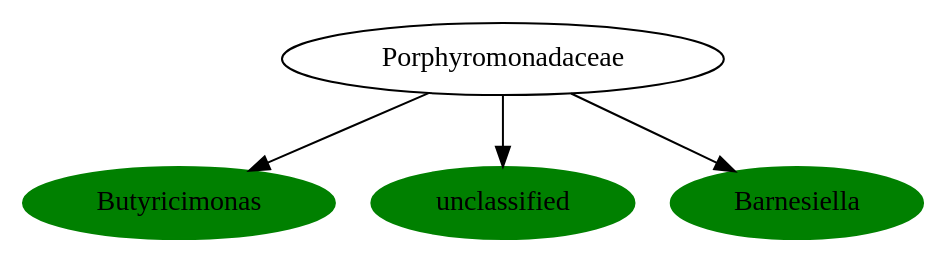
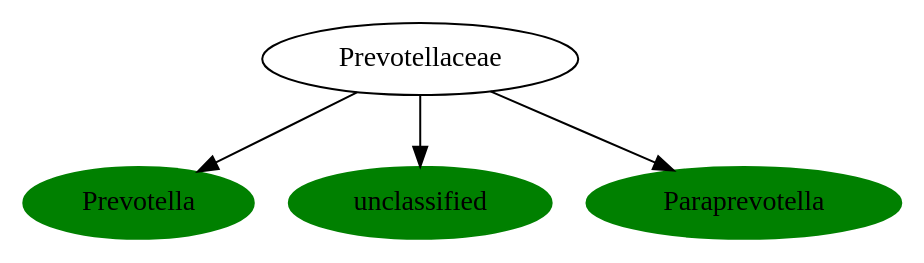
Before and after one commit to AndersHqst/thesis: the diagram in experiments/tmp/phylogenetic-tree/dotfiles/1.dot, drawn with Graphviz. The commit also changed 1139 other files, not shown here.

```diff
--- a/experiments/tmp/phylogenetic-tree/dotfiles/1.dot
+++ b/experiments/tmp/phylogenetic-tree/dotfiles/1.dot
@@ -1,15 +1,15 @@
 digraph G { 
-	PorphyromonadaceaeButyricimonas [label="Butyricimonas", color="green", style=filled];
-	BacteroidalesPorphyromonadaceae [label="Porphyromonadaceae"];
-	PorphyromonadaceaeButyricimonas [label="Butyricimonas"];
-	BacteroidalesPorphyromonadaceae -> PorphyromonadaceaeButyricimonas;
-	Porphyromonadaceaeunclassified [label="unclassified", color="green", style=filled];
-	BacteroidalesPorphyromonadaceae [label="Porphyromonadaceae"];
-	Porphyromonadaceaeunclassified [label="unclassified"];
-	BacteroidalesPorphyromonadaceae -> Porphyromonadaceaeunclassified;
-	PorphyromonadaceaeBarnesiella [label="Barnesiella", color="green", style=filled];
-	BacteroidalesPorphyromonadaceae [label="Porphyromonadaceae"];
-	PorphyromonadaceaeBarnesiella [label="Barnesiella"];
-	BacteroidalesPorphyromonadaceae -> PorphyromonadaceaeBarnesiella;
+	PrevotellaceaePrevotella [label="Prevotella", color="green", style=filled];
+	BacteroidalesPrevotellaceae [label="Prevotellaceae"];
+	PrevotellaceaePrevotella [label="Prevotella"];
+	BacteroidalesPrevotellaceae -> PrevotellaceaePrevotella;
+	Prevotellaceaeunclassified [label="unclassified", color="green", style=filled];
+	BacteroidalesPrevotellaceae [label="Prevotellaceae"];
+	Prevotellaceaeunclassified [label="unclassified"];
+	BacteroidalesPrevotellaceae -> Prevotellaceaeunclassified;
+	PrevotellaceaeParaprevotella [label="Paraprevotella", color="green", style=filled];
+	BacteroidalesPrevotellaceae [label="Prevotellaceae"];
+	PrevotellaceaeParaprevotella [label="Paraprevotella"];
+	BacteroidalesPrevotellaceae -> PrevotellaceaeParaprevotella;
 
  }
```
